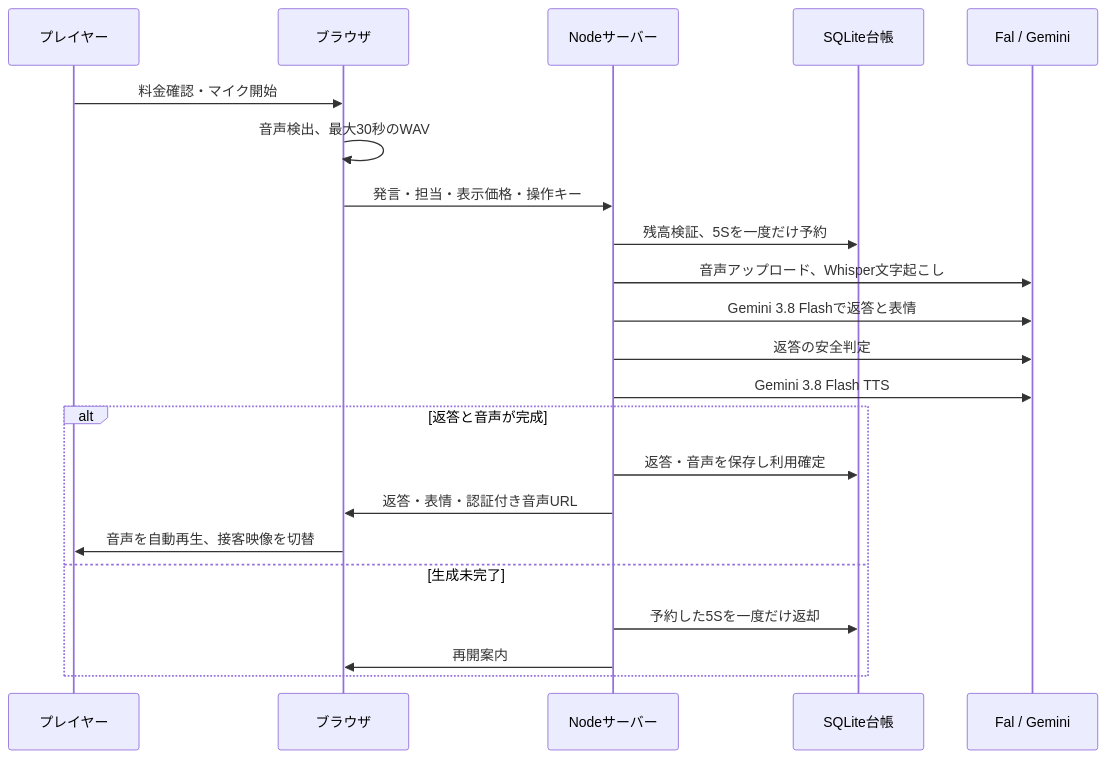
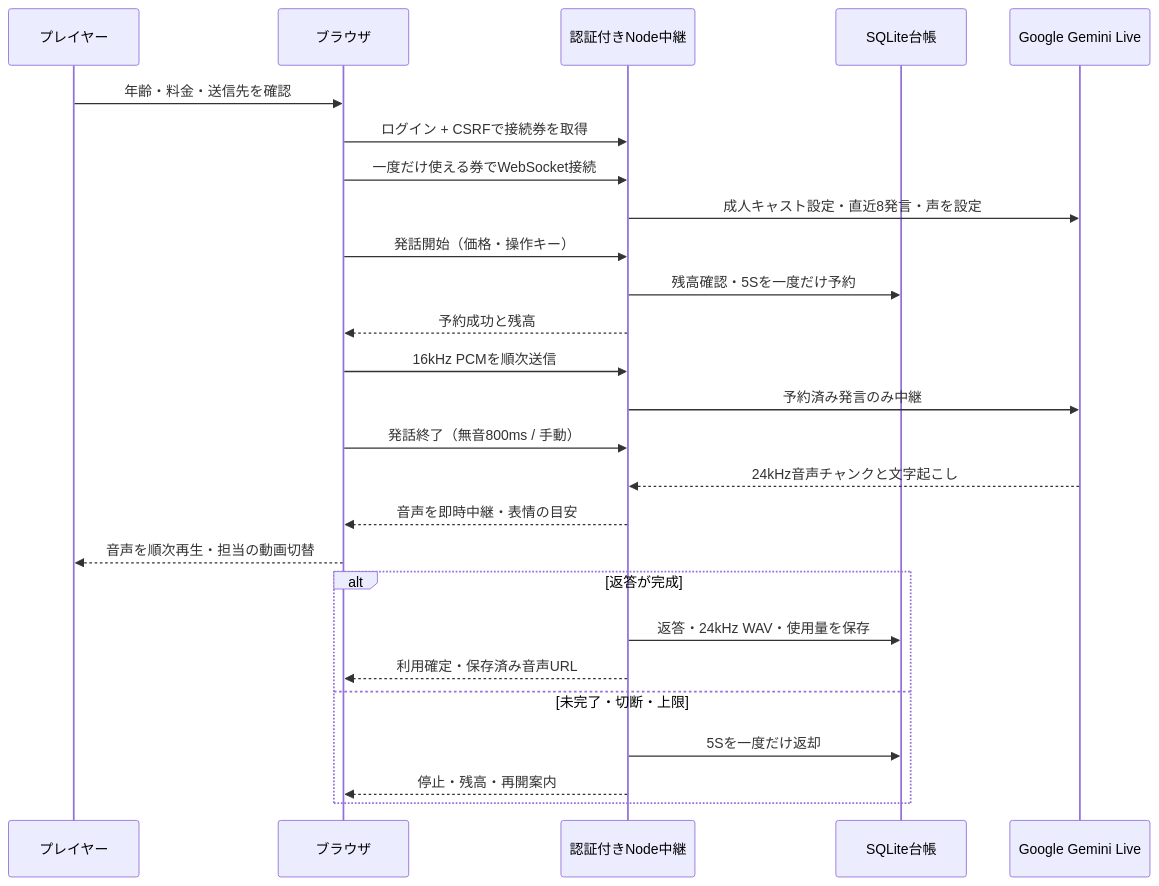
Before and after one commit to kenx970-glitch/succubus-night-preview: the diagram in docs/ARCHITECTURE.md, drawn with Mermaid. The commit also changed other lines of this file and 19 other files, not shown here.

Commit message:
Add gated Gemini Live voice conversation and setup guide

````diff
--- a/docs/ARCHITECTURE.md
+++ b/docs/ARCHITECTURE.md
@@ -29,24 +31,28 @@
 ```mermaid
 sequenceDiagram
     participant P as プレイヤー
     participant B as ブラウザ
-    participant A as Nodeサーバー
+    participant A as 認証付きNode中継
     participant D as SQLite台帳
-    participant F as Fal / Gemini
-    P->>B: 料金確認・マイク開始
-    B->>B: 音声検出、最大30秒のWAV
-    B->>A: 発言・担当・表示価格・操作キー
-    A->>D: 残高検証、5Sを一度だけ予約
-    A->>F: 音声アップロード、Whisper文字起こし
-    A->>F: Gemini 3.8 Flashで返答と表情
-    A->>F: 返答の安全判定
-    A->>F: Gemini 3.8 Flash TTS
-    alt 返答と音声が完成
-        A->>D: 返答・音声を保存し利用確定
-        A->>B: 返答・表情・認証付き音声URL
-        B->>P: 音声を自動再生、接客映像を切替
-    else 生成未完了
-        A->>D: 予約した5Sを一度だけ返却
-        A->>B: 再開案内
+    participant G as Google Gemini Live
+    P->>B: 年齢・料金・送信先を確認
+    B->>A: ログイン + CSRFで接続券を取得
+    B->>A: 一度だけ使える券でWebSocket接続
+    A->>G: 成人キャスト設定・直近8発言・声を設定
+    B->>A: 発話開始（価格・操作キー）
+    A->>D: 残高確認・5Sを一度だけ予約
+    A-->>B: 予約成功と残高
+    B->>A: 16kHz PCMを順次送信
+    A->>G: 予約済み発言のみ中継
+    B->>A: 発話終了（無音800ms / 手動）
+    G-->>A: 24kHz音声チャンクと文字起こし
+    A-->>B: 音声を即時中継・表情の目安
+    B-->>P: 音声を順次再生・担当の動画切替
+    alt 返答が完成
+        A->>D: 返答・24kHz WAV・使用量を保存
+        A-->>B: 利用確定・保存済み音声URL
+    else 未完了・切断・上限
+        A->>D: 5Sを一度だけ返却
+        A-->>B: 停止・残高・再開案内
     end
 ```
````
